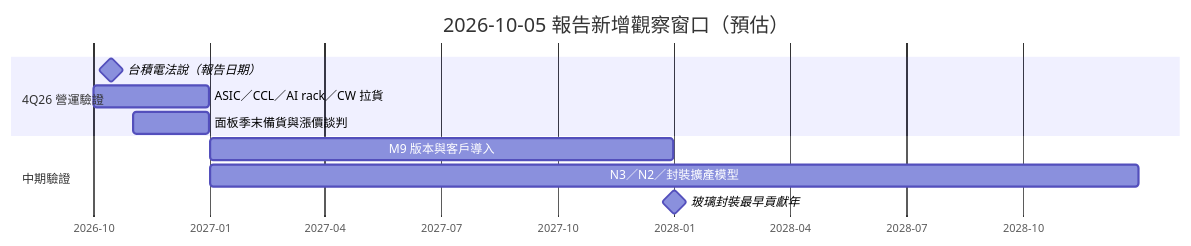
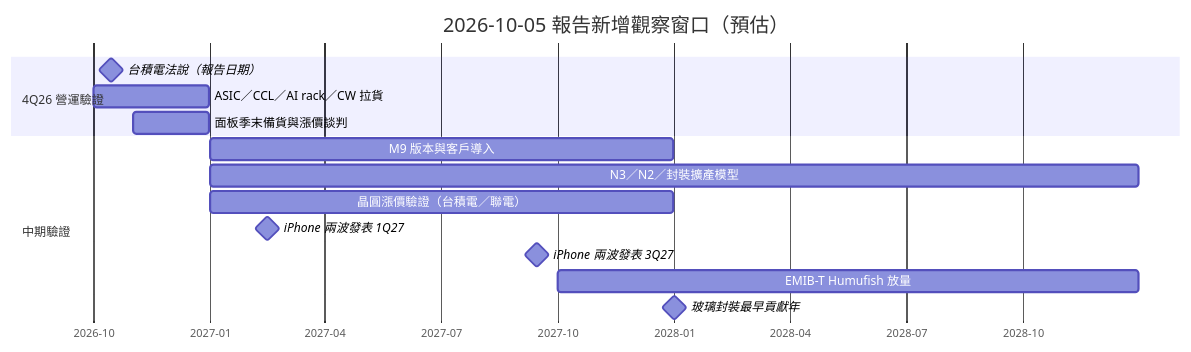
One commit to kevn950324/wiki_Stockv2 changed the first of 3 diagrams in content/lib/5.schedule/時程_2026Q3Q4_AI網通與硬體催化劑.md. Above: the diagram before and after it, drawn with Mermaid. The commit also changed other lines of this file and 41 other files, not shown here.

````diff
--- a/content/lib/5.schedule/時程_2026Q3Q4_AI網通與硬體催化劑.md
+++ b/content/lib/5.schedule/時程_2026Q3Q4_AI網通與硬體催化劑.md
@@ -35,14 +39,18 @@
 ```mermaid
 gantt
     title 2026-10-05 報告新增觀察窗口（預估）
     dateFormat YYYY-MM-DD
     axisFormat %Y-%m
     section 4Q26 營運驗證
     台積電法說（報告日期） :milestone, oct26_tsmc, 2026-10-15, 0d
     ASIC／CCL／AI rack／CW 拉貨 :oct26_hardware, 2026-10-01, 2026-12-31
     面板季末備貨與漲價談判 :oct26_panel, 2026-11-01, 2026-12-31
     section 中期驗證
     M9 版本與客戶導入 :oct26_m9, 2027-01-01, 2027-12-31
     N3／N2／封裝擴產模型 :oct26_capacity, 2027-01-01, 2028-12-31
+    晶圓漲價驗證（台積電／聯電） :oct26_price, 2027-01-01, 2027-12-31
+    iPhone 兩波發表 1Q27 :milestone, oct26_iphone1, 2027-02-15, 0d
+    iPhone 兩波發表 3Q27 :milestone, oct26_iphone2, 2027-09-15, 0d
+    EMIB-T Humufish 放量 :oct26_emib, 2027-10-01, 2028-12-31
     玻璃封裝最早貢獻年 :milestone, oct26_glass, 2028-01-01, 0d
 ```
````
